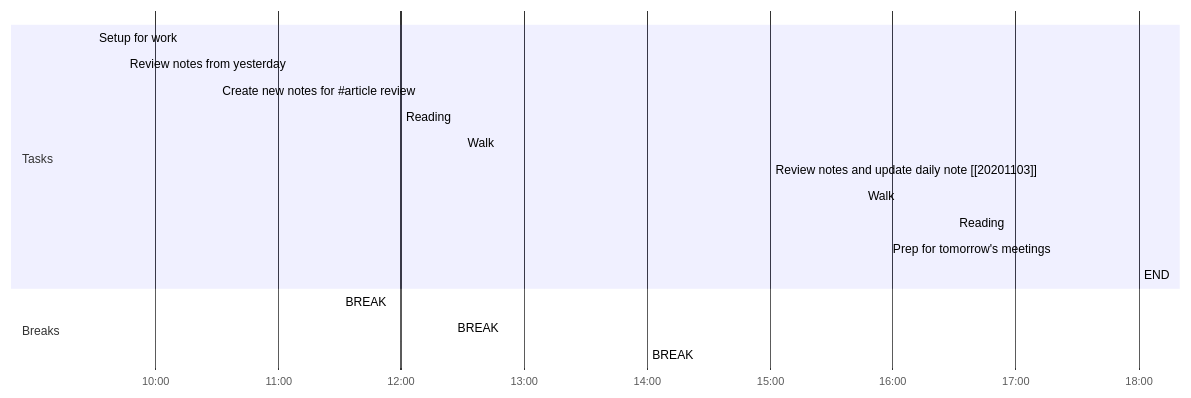
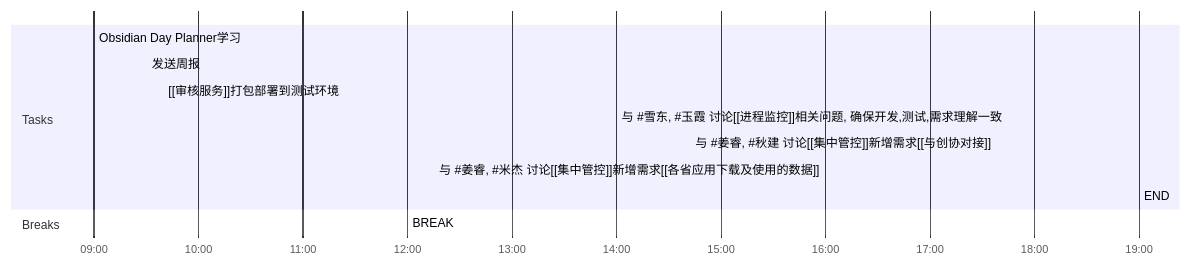
Before and after one commit to yangld/learn: the diagram in Day Planners/Day Planner-20211115.md, drawn with Mermaid. The commit also changed other lines of this file and 27 other files, not shown here.

````diff
--- a/Day Planners/Day Planner-20211115.md
+++ b/Day Planners/Day Planner-20211115.md
@@ -2,21 +2,16 @@
 ```mermaid
 gantt
     dateFormat  HH-mm
     axisFormat %H:%M
-    %% Current Time: 下午2:59:57
+    %% Current Time: 下午3:59:48
     section Tasks
-    Setup for work     :09-30, 15mm
-    Review notes from yesterday     :09-45, 45mm
-    Create new notes for #35;article review     :10-30, 60mm
-    Reading     :12-00, 25mm
-    Walk     :12-30, 90mm
-    Review notes and update daily note [[20201103]]     :15-00, 45mm
-    Walk     :15-45, 45mm
-    Reading     :16-30, 50mm
-    Prep for tomorrow's meetings     :17-20, 40mm
-    END     :18-00, 0mm
+    Obsidian Day Planner学习     :09-00, 30mm
+    发送周报     :09-30, 10mm
+    [[审核服务]]打包部署到测试环境     :09-40, 140mm
+    与 #35;雪东,  #玉霞     讨论[[进程监控]]相关问题, 确保开发,测试,需求理解一致     :14-00, 42mm
+    与 #35;姜睿,  #秋建     讨论[[集中管控]]新增需求[[与创协对接]]     :14-42, 78mm
+    与 #35;姜睿,  #米杰     讨论[[集中管控]]新增需求[[各省应用下载及使用的数据]]     :16-00, 180mm
+    END     :19-00, 0mm
     section Breaks
-    BREAK     :11-30, 30mm
-    BREAK     :12-25, 5mm
-    BREAK     :14-00, 60mm
+    BREAK     :12-00, 120mm
 ```
````
